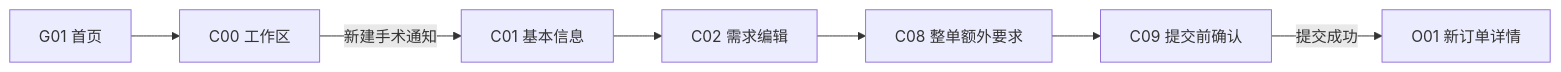
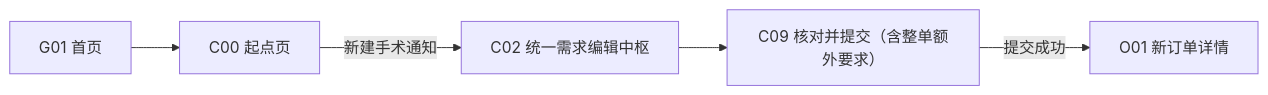
The third of 19 diagrams in modules/APP-手术通知/03-设计池/02-手术通知APP页面流程-v0.5.md (Jimokov/orthoflow-erp), drawn with Mermaid before and after one commit. The commit also changed other lines of this file and 13 other files, not shown here.

````diff
--- a/modules/APP-手术通知/03-设计池/02-手术通知APP页面流程-v0.5.md
+++ b/modules/APP-手术通知/03-设计池/02-手术通知APP页面流程-v0.5.md
@@ -130,9 +123,7 @@
 ```mermaid
 flowchart LR
-    G01["G01 首页"] --> C00["C00 工作区"]
-    C00 -->|新建手术通知| C01["C01 基本信息"]
-    C01 --> C02["C02 需求编辑"]
-    C02 --> C08["C08 整单额外要求"]
-    C08 --> C09["C09 提交前确认"]
+    G01["G01 首页"] --> C00["C00 起点页"]
+    C00 -->|新建手术通知| C02["C02 统一需求编辑中枢"]
+    C02 --> C09["C09 核对并提交（含整单额外要求）"]
     C09 -->|提交成功| O01["O01 新订单详情"]
 ```
````
